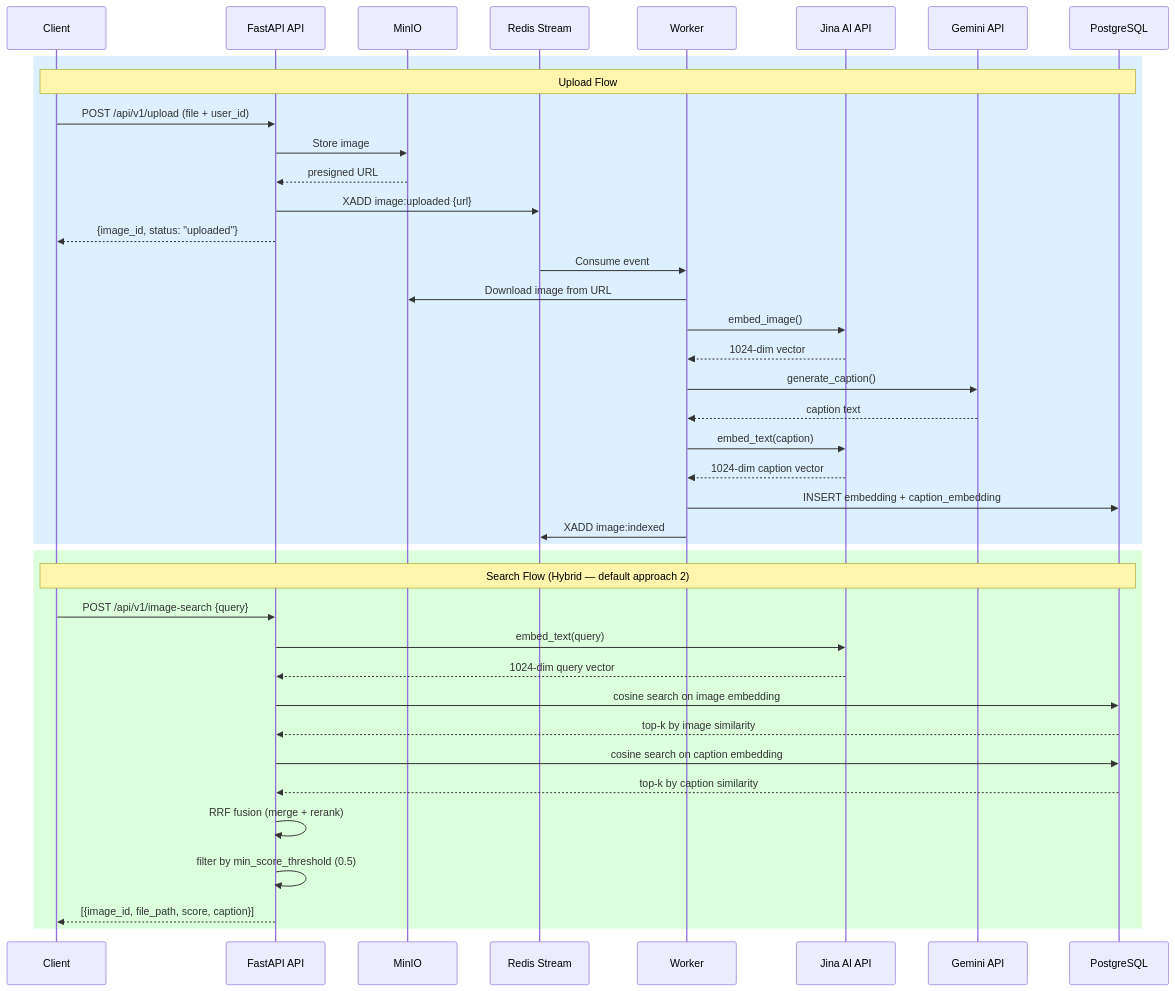
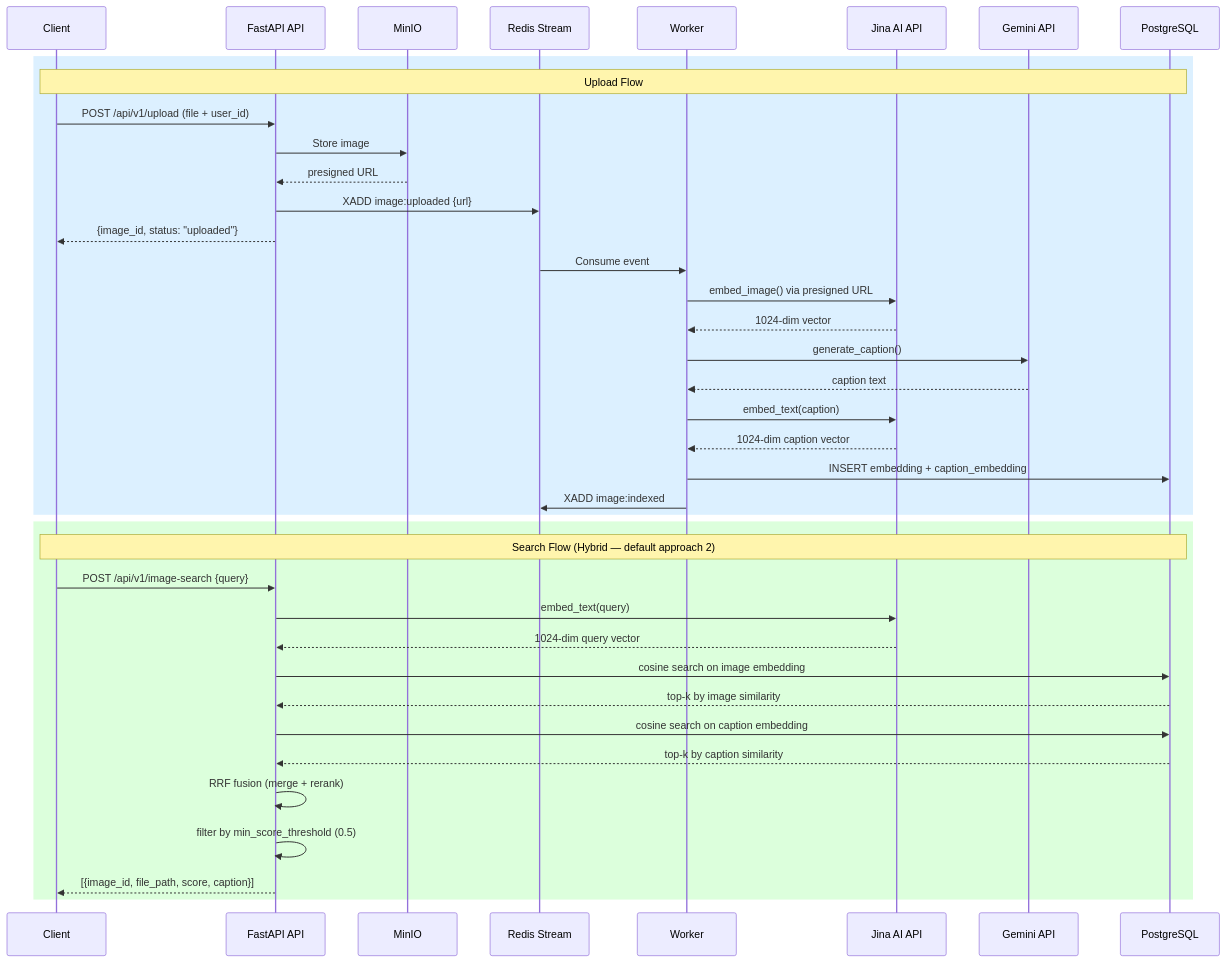
The second of 2 diagrams in README.md (minhphu102003/image-search), drawn with Mermaid before and after one commit. The commit also changed other lines of this file, not shown here.

````diff
--- a/README.md
+++ b/README.md
@@ -164,44 +151,43 @@
 ```mermaid
 sequenceDiagram
     participant C as Client
     participant API as FastAPI API
     participant M as MinIO
     participant R as Redis Stream
     participant W as Worker
     participant J as Jina AI API
     participant G as Gemini API
     participant PG as PostgreSQL
 
     rect rgb(220, 240, 255)
     Note over C,PG: Upload Flow
     C->>API: POST /api/v1/upload (file + user_id)
     API->>M: Store image
     M-->>API: presigned URL
     API->>R: XADD image:uploaded {url}
     API-->>C: {image_id, status: "uploaded"}
     R->>W: Consume event
-    W->>M: Download image from URL
-    W->>J: embed_image()
+    W->>J: embed_image() via presigned URL
     J-->>W: 1024-dim vector
     W->>G: generate_caption()
     G-->>W: caption text
     W->>J: embed_text(caption)
     J-->>W: 1024-dim caption vector
     W->>PG: INSERT embedding + caption_embedding
     W->>R: XADD image:indexed
     end
 
     rect rgb(220, 255, 220)
     Note over C,PG: Search Flow (Hybrid — default approach 2)
     C->>API: POST /api/v1/image-search {query}
     API->>J: embed_text(query)
     J-->>API: 1024-dim query vector
     API->>PG: cosine search on image embedding
     PG-->>API: top-k by image similarity
     API->>PG: cosine search on caption embedding
     PG-->>API: top-k by caption similarity
     API->>API: RRF fusion (merge + rerank)
     API->>API: filter by min_score_threshold (0.5)
     API-->>C: [{image_id, file_path, score, caption}]
     end
 ```
````
